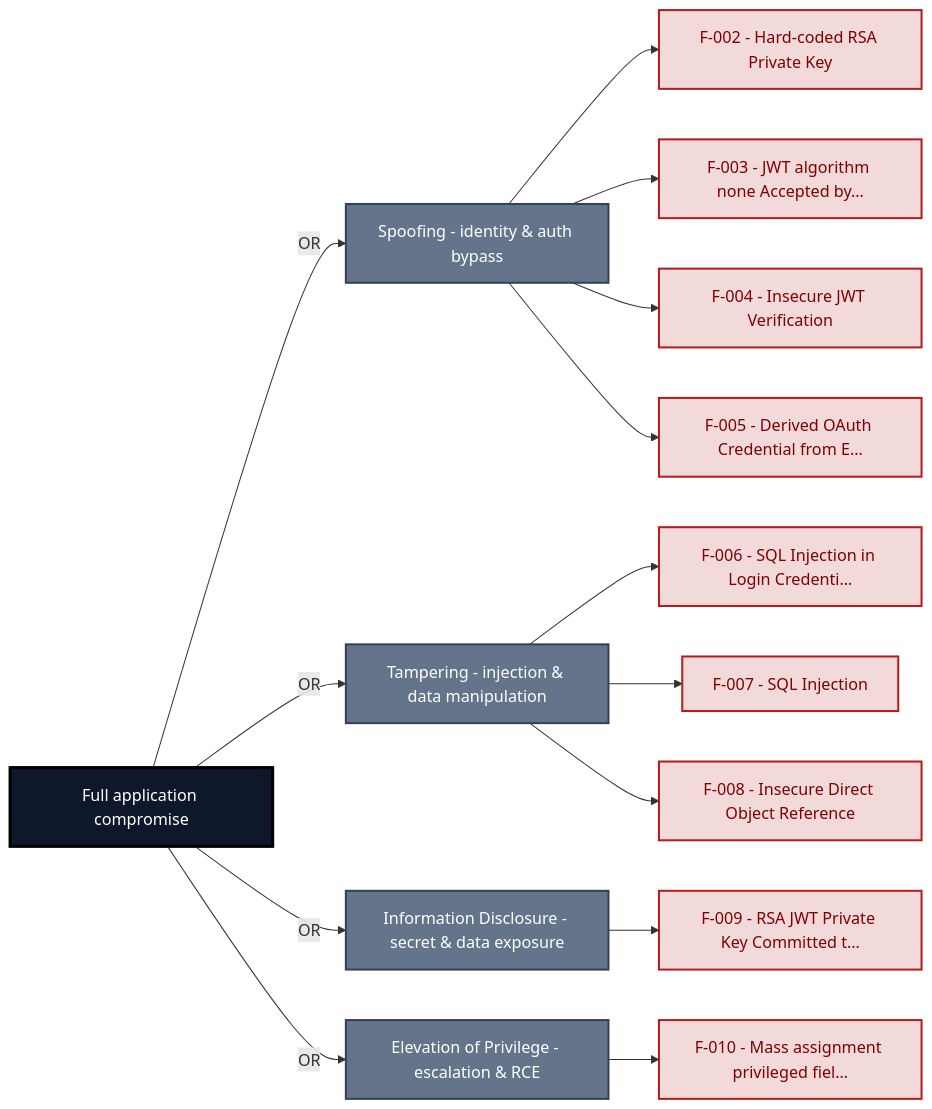
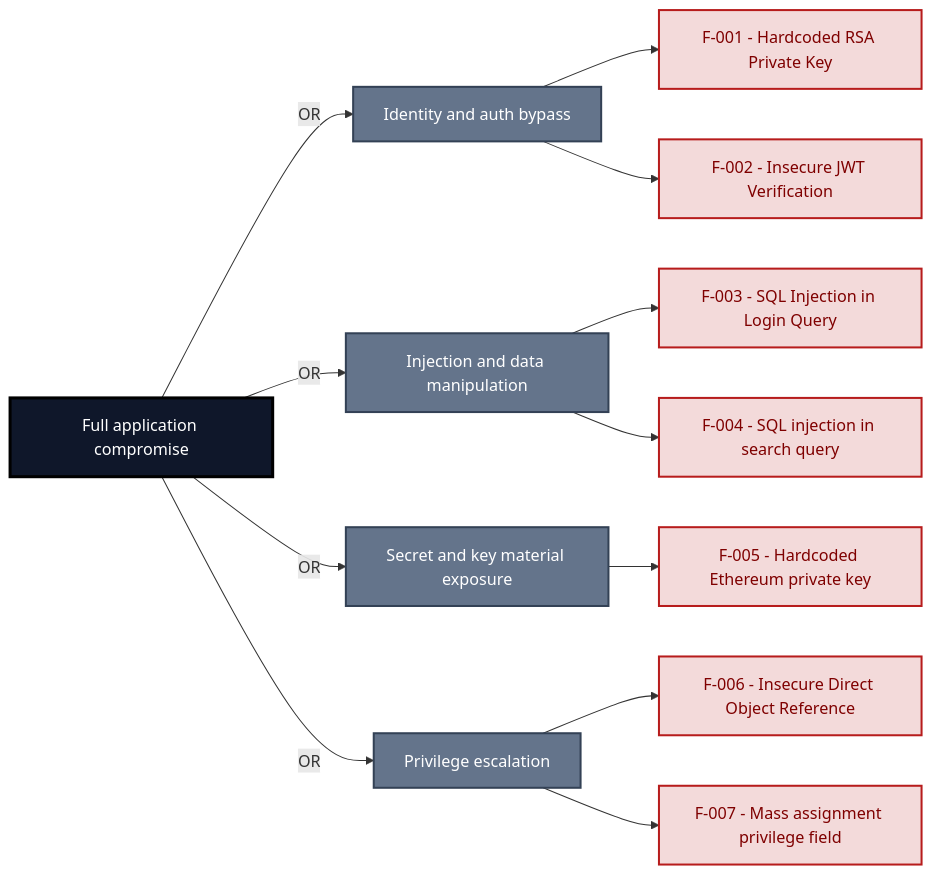
Before and after one commit to appsec-foundry/appsec-advisor: the first of 5 diagrams in examples/threat-modeler/threat-model-juice-shop-quick-v0.5.2.md, drawn with Mermaid. The commit also changed other lines of this file and 7 other files, not shown here.

````diff
--- a/examples/threat-modeler/threat-model-juice-shop-quick-v0.5.2.md
+++ b/examples/threat-modeler/threat-model-juice-shop-quick-v0.5.2.md
@@ -211,36 +192,32 @@
 ```mermaid
 graph LR
     GOAL["Full application compromise"]:::goal
-    CAP_SPOOF["Spoofing - identity & auth bypass"]:::or_node
-    T002["F-002 - Hard-coded RSA Private Key"]:::leaf
-    T003["F-003 - JWT algorithm none Accepted by…"]:::leaf
-    T004["F-004 - Insecure JWT Verification"]:::leaf
-    T005["F-005 - Derived OAuth Credential from E…"]:::leaf
-    CAP_TAMPER["Tampering - injection & data manipulation"]:::or_node
-    T006["F-006 - SQL Injection in Login Credenti…"]:::leaf
-    T007["F-007 - SQL Injection"]:::leaf
-    T008["F-008 - Insecure Direct Object Reference"]:::leaf
-    CAP_INFO["Information Disclosure - secret & data exposure"]:::or_node
-    T009["F-009 - RSA JWT Private Key Committed t…"]:::leaf
-    CAP_EOP["Elevation of Privilege - escalation & RCE"]:::or_node
-    T010["F-010 - Mass assignment privileged fiel…"]:::leaf
+    CAP_SPOOF["Identity and auth bypass"]:::or_node
+    T001["F-001 - Hardcoded RSA Private Key"]:::leaf
+    T002["F-002 - Insecure JWT Verification"]:::leaf
+    CAP_TAMPER["Injection and data manipulation"]:::or_node
+    T003["F-003 - SQL Injection in Login Query"]:::leaf
+    T004["F-004 - SQL injection in search query"]:::leaf
+    CAP_INFO["Secret and key material exposure"]:::or_node
+    T005["F-005 - Hardcoded Ethereum private key"]:::leaf
+    CAP_EOP["Privilege escalation"]:::or_node
+    T006["F-006 - Insecure Direct Object Reference"]:::leaf
+    T007["F-007 - Mass assignment privilege field"]:::leaf
 
     GOAL -->|"OR"| CAP_SPOOF
+    CAP_SPOOF --> T001
     CAP_SPOOF --> T002
-    CAP_SPOOF --> T003
-    CAP_SPOOF --> T004
-    CAP_SPOOF --> T005
     GOAL -->|"OR"| CAP_TAMPER
-    CAP_TAMPER --> T006
-    CAP_TAMPER --> T007
-    CAP_TAMPER --> T008
+    CAP_TAMPER --> T003
+    CAP_TAMPER --> T004
     GOAL -->|"OR"| CAP_INFO
-    CAP_INFO --> T009
+    CAP_INFO --> T005
     GOAL -->|"OR"| CAP_EOP
-    CAP_EOP --> T010
+    CAP_EOP --> T006
+    CAP_EOP --> T007
 
     classDef goal fill:#0f172a,stroke:#000,color:#fff,stroke-width:3px
     classDef and_node fill:#334155,stroke:#1e293b,color:#fff,stroke-width:2px
     classDef or_node fill:#64748b,stroke:#334155,color:#fff,stroke-width:2px
     classDef leaf fill:#f3dada,stroke:#b71c1c,color:#7f0000,stroke-width:2px
 ```
````
